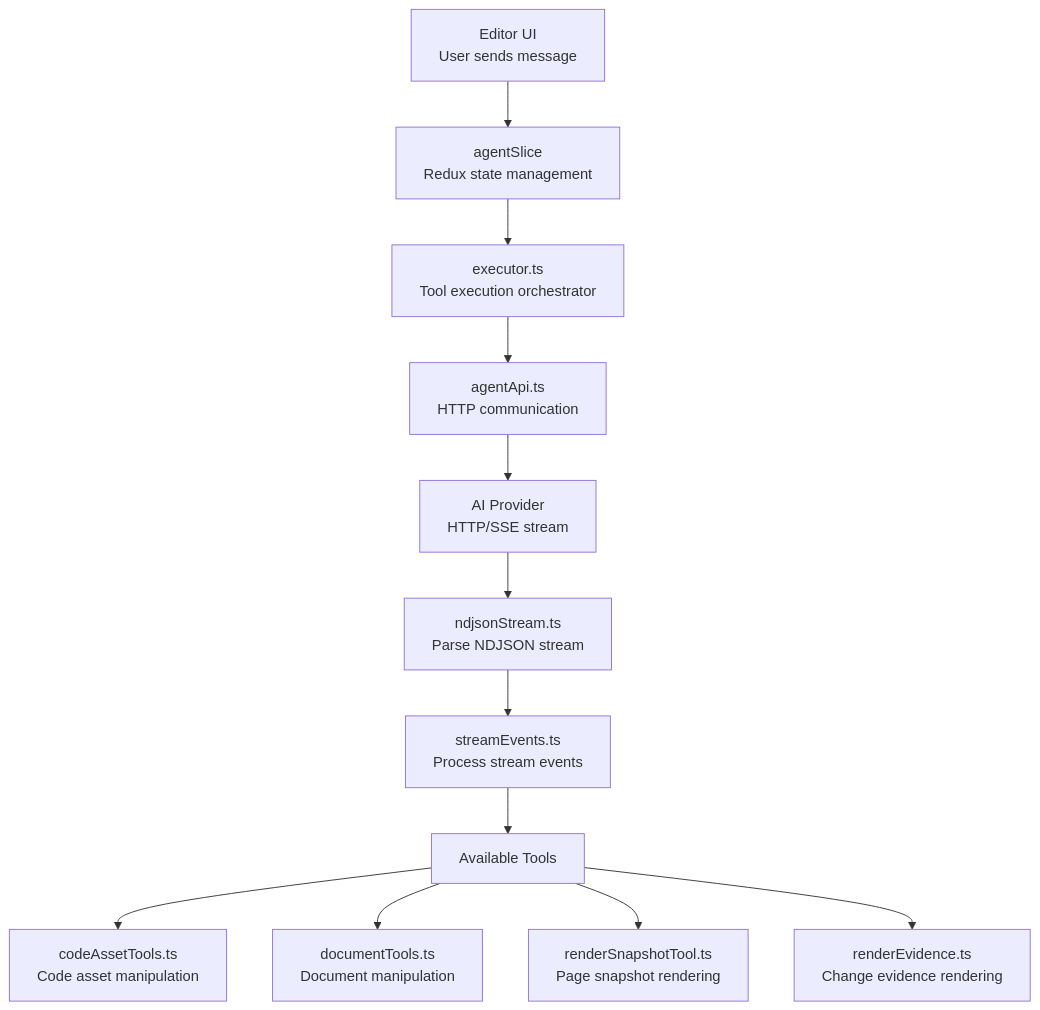
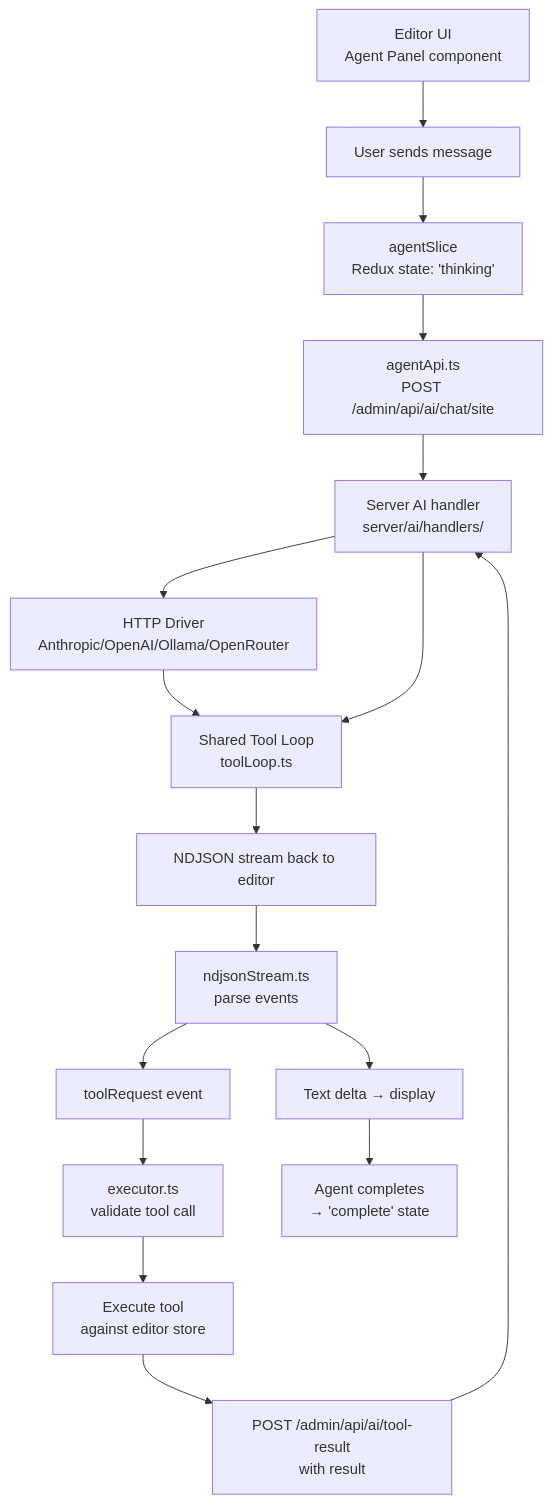
One commit to ewe-studios/explorations changed the second of 3 diagrams in [src.AI]/src.Instatic/markdown/10-ai-agent.md. Above: the diagram before and after it, drawn with Mermaid. The commit also changed other lines of this file and 51 other files, not shown here.

````diff
--- a/[src.AI]/src.Instatic/markdown/10-ai-agent.md
+++ b/[src.AI]/src.Instatic/markdown/10-ai-agent.md
@@ -31,25 +58,22 @@
 ```mermaid
 flowchart TD
-    UI["Editor UI
-    User sends message"] --> SLICE["agentSlice
-    Redux state management"]
-    SLICE --> EXECUTOR["executor.ts
-    Tool execution orchestrator"]
-    EXECUTOR --> API["agentApi.ts
-    HTTP communication"]
-    API --> PROVIDER["AI Provider
-    HTTP/SSE stream"]
-    PROVIDER --> STREAM["ndjsonStream.ts
-    Parse NDJSON stream"]
-    STREAM --> EVENTS["streamEvents.ts
-    Process stream events"]
-    EVENTS --> TOOLS["Available Tools"]
-    TOOLS --> CODE["codeAssetTools.ts
-    Code asset manipulation"]
-    TOOLS --> DOC["documentTools.ts
-    Document manipulation"]
-    TOOLS --> SNAPSHOT["renderSnapshotTool.ts
-    Page snapshot rendering"]
-    TOOLS --> EVIDENCE["renderEvidence.ts
-    Change evidence rendering"]
+    UI["Editor UI<br/>Agent Panel component"] --> MSG["User sends message"]
+    MSG --> SLICE["agentSlice<br/>Redux state: 'thinking'"]
+    SLICE --> API["agentApi.ts<br/>POST /admin/api/ai/chat/site"]
+    API --> SERVER["Server AI handler<br/>server/ai/handlers/"]
+    SERVER --> DRIVER["HTTP Driver<br/>Anthropic/OpenAI/Ollama/OpenRouter"]
+    DRIVER --> TOOLLOOP["Shared Tool Loop<br/>toolLoop.ts"]
+    TOOLLOOP --> STREAM["NDJSON stream back to editor"]
+    
+    STREAM --> PARSE["ndjsonStream.ts<br/>parse events"]
+    PARSE --> TEXT["Text delta → display"]
+    PARSE --> TOOL_REQ["toolRequest event"]
+    
+    TOOL_REQ --> EXEC["executor.ts<br/>validate tool call"]
+    EXEC --> TOOL["Execute tool<br/>against editor store"]
+    TOOL --> POST["POST /admin/api/ai/tool-result<br/>with result"]
+    POST --> SERVER
+    SERVER --> TOOLLOOP
+    
+    TEXT --> DONE["Agent completes<br/>→ 'complete' state"]
 ```
````
